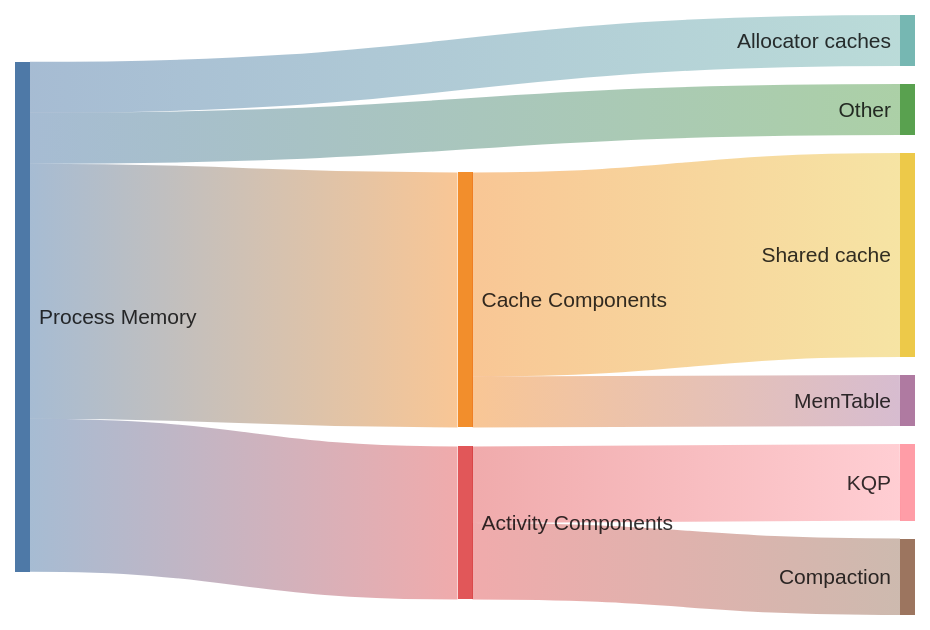
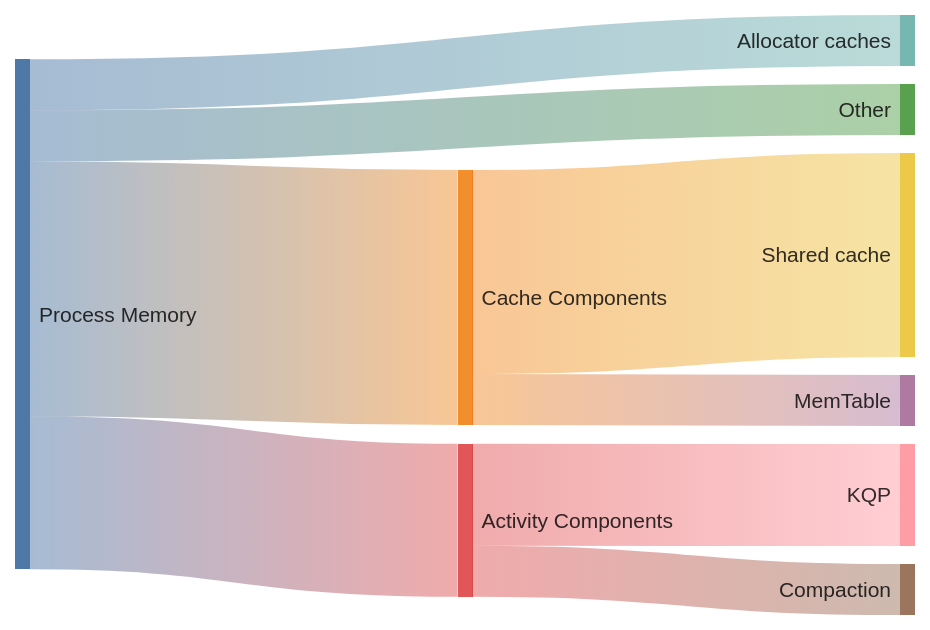
One commit to ydb-platform/ydb changed the diagram in ydb/docs/en/core/reference/configuration/memory_controller_config.md. Above: the diagram before and after it, drawn with Mermaid.

````diff
--- a/ydb/docs/en/core/reference/configuration/memory_controller_config.md
+++ b/ydb/docs/en/core/reference/configuration/memory_controller_config.md
@@ -16,19 +16,19 @@
 ```mermaid
 ---
 config:
   sankey:
     showValues: false
 ---
 sankey-beta
 
 Process Memory,Cache Components,50
 Process Memory,Activity Components, 30
 Process Memory,Allocator caches, 10
 Process Memory,Other,10
 
 Cache Components,Shared cache, 40
 Cache Components,MemTable, 10
 
-Activity Components,"KQP", 15
-Activity Components,Compaction, 15
+Activity Components,"KQP", 20
+Activity Components,Compaction, 10
 ```
````
